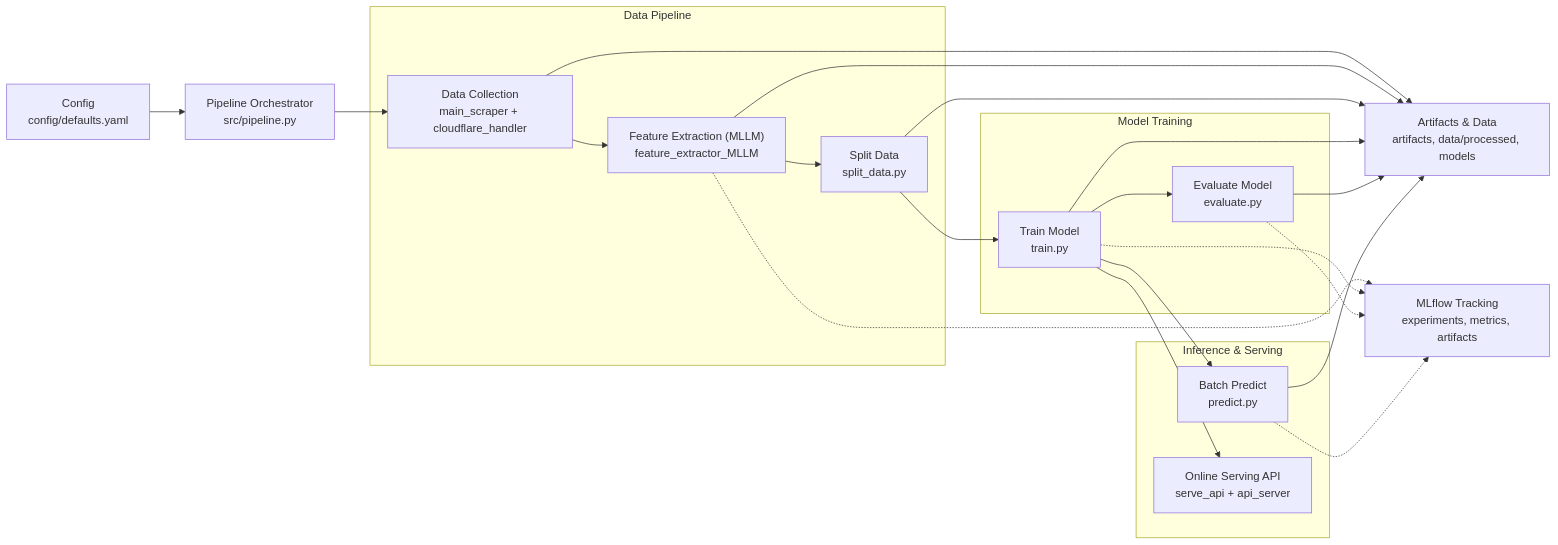
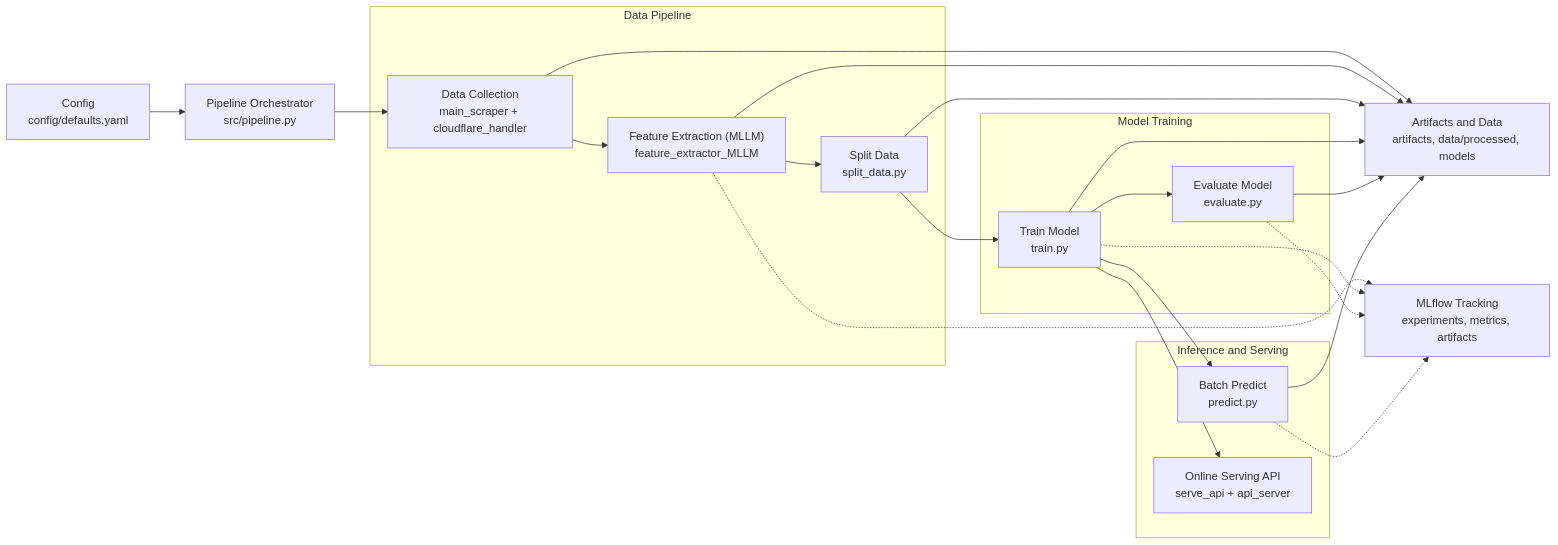
The diagram in README.md (ThePopped/mllm-product-pricing-benchmark), drawn with Mermaid before and after one commit.

Commit message:
Reformat mermaid plot in markdown readme due to breaking on github

````diff
--- a/README.md
+++ b/README.md
@@ -25,57 +25,46 @@
 ```mermaid
 flowchart LR
-  %% Config
-  C["Config<br/>config/defaults.yaml"]
+  C["Config<br>config/defaults.yaml"]
+  O["Pipeline Orchestrator<br>src/pipeline.py"]
 
-  %% Orchestration
-  O["Pipeline Orchestrator<br/>src/pipeline.py"]
-
-  %% Data pipeline
   subgraph DP["Data Pipeline"]
-    D["Data Collection<br/>main_scraper + cloudflare_handler"]
-    F["Feature Extraction (MLLM)<br/>feature_extractor_MLLM"]
-    S["Split Data<br/>split_data.py"]
+    D["Data Collection<br>main_scraper + cloudflare_handler"]
+    F["Feature Extraction (MLLM)<br>feature_extractor_MLLM"]
+    S["Split Data<br>split_data.py"]
   end
 
-  %% Training and evaluation
   subgraph MT["Model Training"]
-    T["Train Model<br/>train.py"]
-    E["Evaluate Model<br/>evaluate.py"]
+    T["Train Model<br>train.py"]
+    E["Evaluate Model<br>evaluate.py"]
   end
 
-  %% Inference and serving
-  subgraph INF["Inference & Serving"]
-    B["Batch Predict<br/>predict.py"]
-    A["Online Serving API<br/>serve_api + api_server"]
+  subgraph INF["Inference and Serving"]
+    B["Batch Predict<br>predict.py"]
+    A["Online Serving API<br>serve_api + api_server"]
   end
 
-  %% Storage and tracking
-  AR["Artifacts & Data<br/>artifacts, data/processed, models"]
-  M["MLflow Tracking<br/>experiments, metrics, artifacts"]
+  AR["Artifacts and Data<br>artifacts, data/processed, models"]
+  M["MLflow Tracking<br>experiments, metrics, artifacts"]
 
-  %% Main flow
   C --> O
   O --> D
   D --> F
   F --> S
   S --> T
   T --> E
 
-  %% Downstream usage
   T --> B
   T --> A
 
-  %% Artifact outputs
   D --> AR
   F --> AR
   S --> AR
   T --> AR
   E --> AR
   B --> AR
 
-  %% Tracking
   F -.-> M
   T -.-> M
   E -.-> M
   B -.-> M
 ```
````
